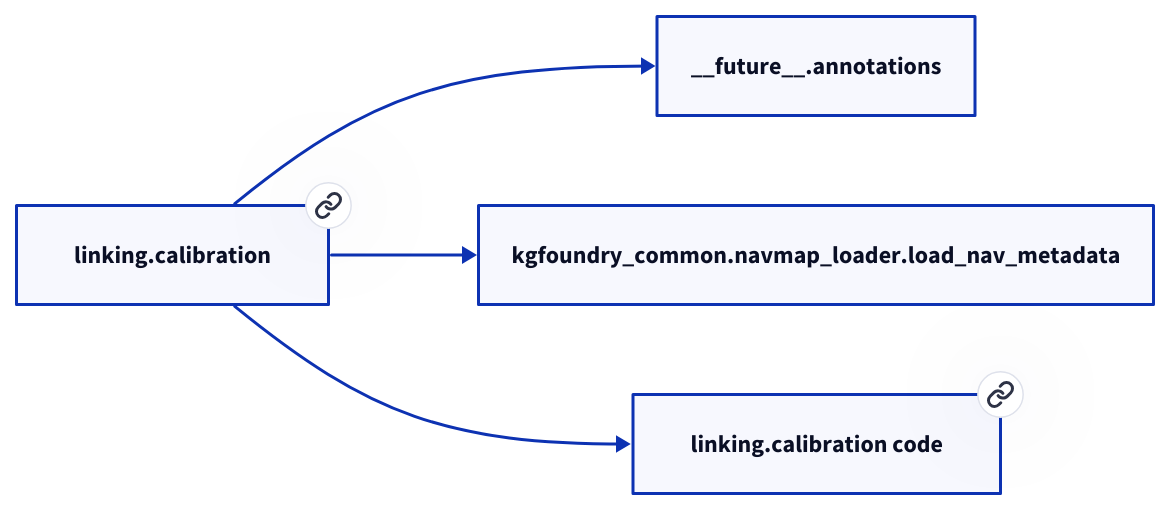
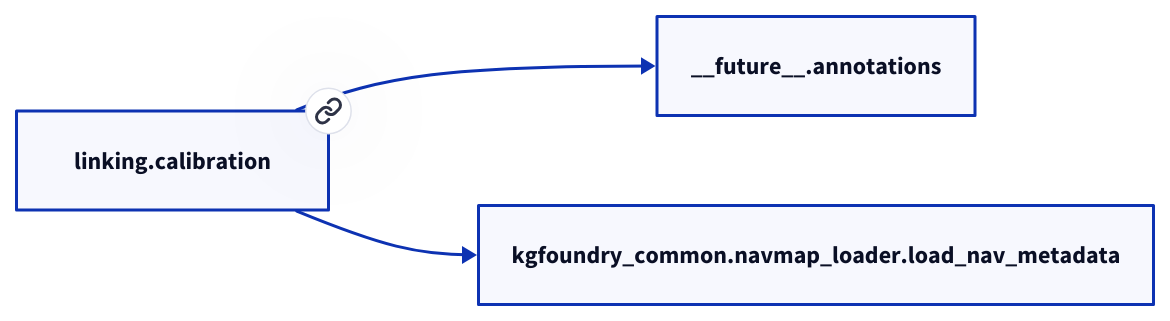
Before and after one commit to paul-heyse/kgforge: the diagram in docs/modules/linking/calibration.md, drawn with D2. The commit also changed other lines of this file and 118 other files, not shown here.

````diff
--- a/docs/modules/linking/calibration.md
+++ b/docs/modules/linking/calibration.md
@@ -27,10 +25,8 @@
 ```d2
 direction: right
-"linking.calibration": "linking.calibration" { link: "./linking/calibration.md" }
+"linking.calibration": "linking.calibration" { link: "calibration.md" }
 "__future__.annotations": "__future__.annotations"
 "linking.calibration" -> "__future__.annotations"
 "kgfoundry_common.navmap_loader.load_nav_metadata": "kgfoundry_common.navmap_loader.load_nav_metadata"
 "linking.calibration" -> "kgfoundry_common.navmap_loader.load_nav_metadata"
-"linking.calibration_code": "linking.calibration code" { link: "https://github.com/kgfoundry/kgfoundry/blob/main/src/linking/calibration.py" }
-"linking.calibration" -> "linking.calibration_code" { style: dashed }
 ```
````
